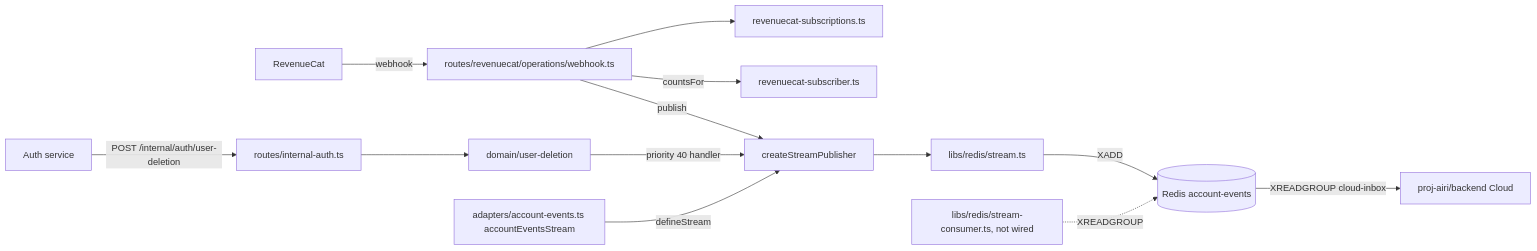
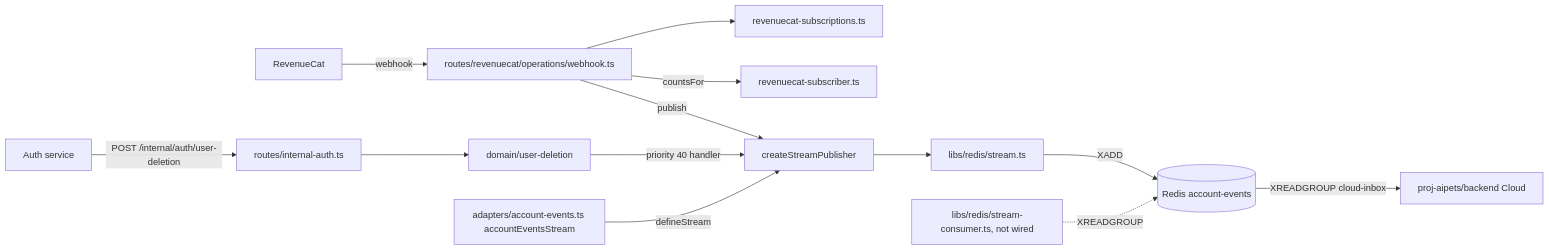
The first of 4 diagrams in server/docs/ai/adr/2026-10-18-account-events-stream.md (kallen-noelle/AIPets), drawn with Mermaid before and after one commit. The commit also changed other lines of this file and 55 other files, not shown here.

Commit message:
refactor(server): rename airi to aipets in auth and shared server packages

````diff
--- a/server/docs/ai/adr/2026-10-18-account-events-stream.md
+++ b/server/docs/ai/adr/2026-10-18-account-events-stream.md
@@ -127,15 +127,15 @@
 ```mermaid
 flowchart LR
   RC[RevenueCat] -->|webhook| Webhook[routes/revenuecat/operations/webhook.ts]
   Webhook --> Sync[revenuecat-subscriptions.ts]
   Webhook -->|countsFor| Subscriber[revenuecat-subscriber.ts]
   Webhook -->|publish| Publisher[createStreamPublisher]
   Auth[Auth service] -->|POST /internal/auth/user-deletion| Internal[routes/internal-auth.ts]
   Internal --> Deletion[domain/user-deletion]
   Deletion -->|priority 40 handler| Publisher
   Definition[adapters/account-events.ts accountEventsStream] -->|defineStream| Publisher
   Publisher --> Stream[libs/redis/stream.ts]
   Stream -->|XADD| Redis[(Redis account-events)]
   Consumer[libs/redis/stream-consumer.ts, not wired] -.->|XREADGROUP| Redis
-  Redis -->|XREADGROUP cloud-inbox| Cloud[proj-airi/backend Cloud]
+  Redis -->|XREADGROUP cloud-inbox| Cloud[proj-aipets/backend Cloud]
 ```
````
